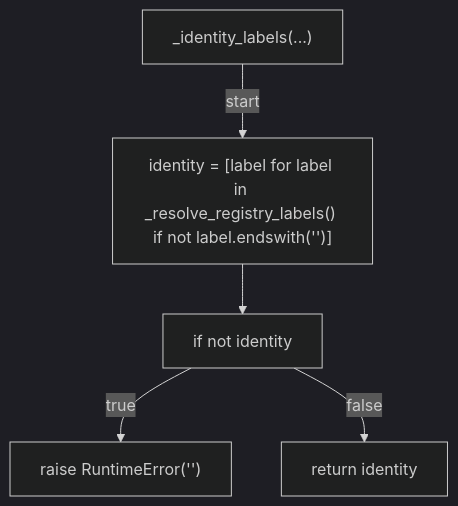
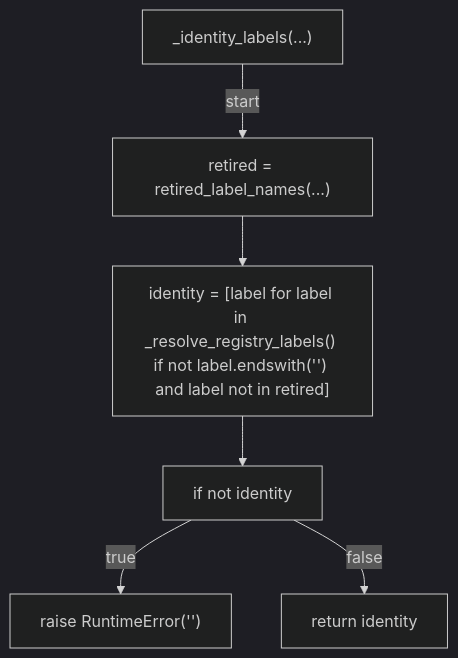
Before and after one commit to tvna/claude-md: the second of 56 diagrams in docs/generated/scripts/ast/auto_retro.md, drawn with Mermaid (dark theme). The commit also changed other lines of this file and 18 other files, not shown here.

First line of the commit message:
docs(generated): regenerate decision tree and workflow diagrams

````diff
--- a/docs/generated/scripts/ast/auto_retro.md
+++ b/docs/generated/scripts/ast/auto_retro.md
@@ -22,12 +22,14 @@
 ```mermaid
 flowchart TD
     N001["_identity_labels(...)"]
-    N002["identity = [label for label in _resolve_registry_labels() if not label.endswith('<str>')]"]
-    N003["if not identity"]
-    N004["raise RuntimeError('<str>')"]
-    N005["return identity"]
+    N002["retired = retired_label_names(...)"]
+    N003["identity = [label for label in _resolve_registry_labels() if not label.endswith('<str>') and label not in retired]"]
+    N004["if not identity"]
+    N005["raise RuntimeError('<str>')"]
+    N006["return identity"]
     N001 -->|"start"| N002
     N002 --> N003
-    N003 -->|"true"| N004
-    N003 -->|"false"| N005
+    N003 --> N004
+    N004 -->|"true"| N005
+    N004 -->|"false"| N006
 ```
````
